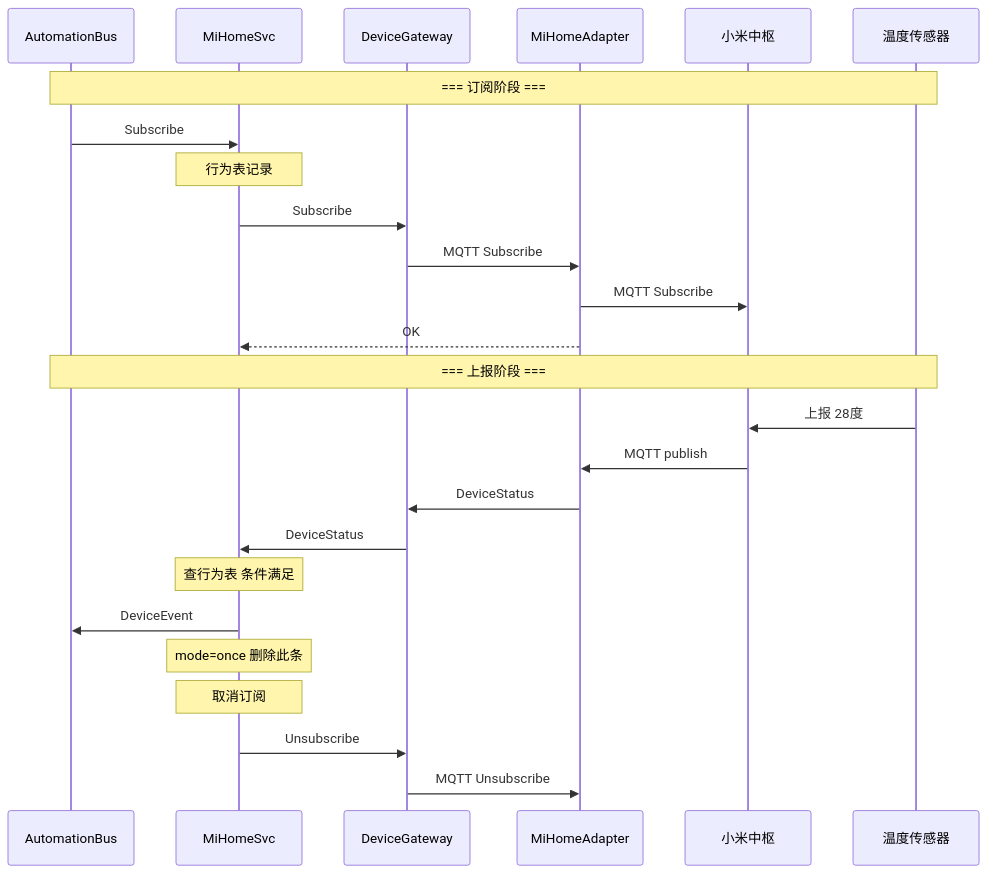
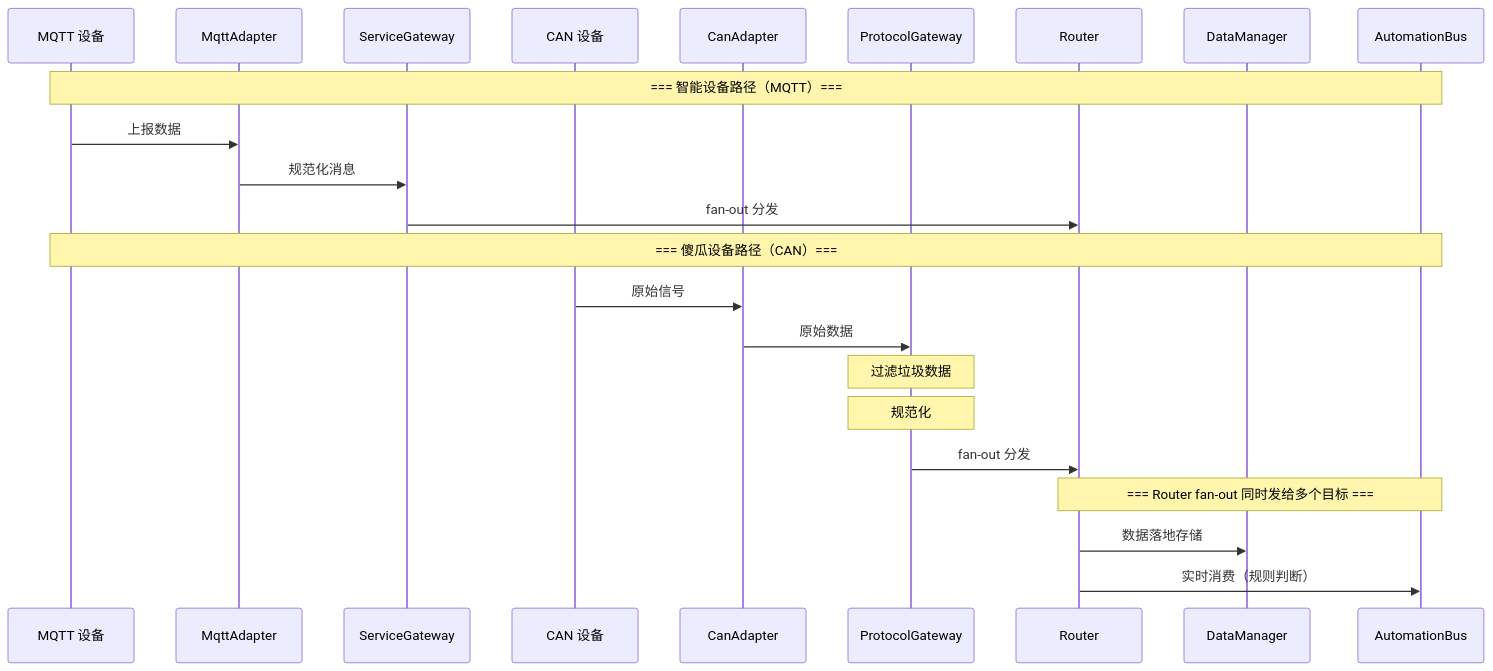
The fourth of 4 diagrams in README.md (yun-qilong/flow_hub), drawn with Mermaid before and after one commit. The commit also changed other lines of this file and 41 other files, not shown here.

````diff
--- a/README.md
+++ b/README.md
@@ -328,35 +331,30 @@
 ```mermaid
 sequenceDiagram
+    participant MqttDev as MQTT 设备
+    participant MqttAd as MqttAdapter
+    participant SG as ServiceGateway
+    participant CanDev as CAN 设备
+    participant CanAd as CanAdapter
+    participant PG as ProtocolGateway
+    participant R as Router
+    participant DM as DataManager
     participant AU as AutomationBus
-    participant MiSvc as MiHomeSvc
-    participant DG as DeviceGateway
-    participant MiAd as MiHomeAdapter
-    participant GW as 小米中枢
-    participant Sensor as 温度传感器
 
-    Note over AU,Sensor: === 订阅阶段 ===
-    AU->>MiSvc: Subscribe
+    Note over MqttDev,AU: === 智能设备路径（MQTT）===
+    MqttDev->>MqttAd: 上报数据
+    MqttAd->>SG: 规范化消息
+    SG->>R: fan-out 分发
 
-    Note over MiSvc: 行为表记录
+    Note over MqttDev,AU: === 傻瓜设备路径（CAN）===
+    CanDev->>CanAd: 原始信号
+    CanAd->>PG: 原始数据
 
-    MiSvc->>DG: Subscribe
-    DG->>MiAd: MQTT Subscribe
-    MiAd->>GW: MQTT Subscribe
-    MiAd-->>MiSvc: OK
+    Note over PG: 过滤垃圾数据
+    Note over PG: 规范化
 
-    Note over AU,Sensor: === 上报阶段 ===
-    Sensor->>GW: 上报 28度
-    GW->>MiAd: MQTT publish
-    MiAd->>DG: DeviceStatus
-    DG->>MiSvc: DeviceStatus
+    PG->>R: fan-out 分发
 
-    Note over MiSvc: 查行为表 条件满足
-
-    MiSvc->>AU: DeviceEvent
-
-    Note over MiSvc: mode=once 删除此条
-    Note over MiSvc: 取消订阅
-
-    MiSvc->>DG: Unsubscribe
-    DG->>MiAd: MQTT Unsubscribe
+    Note over R,AU: === Router fan-out 同时发给多个目标 ===
+    R->>DM: 数据落地存储
+    R->>AU: 实时消费（规则判断）
 ```
````
